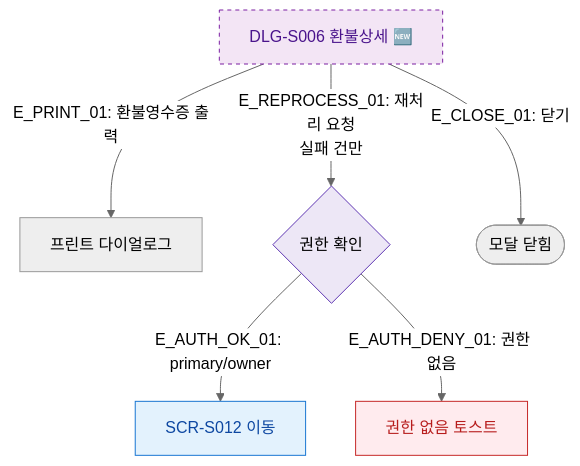
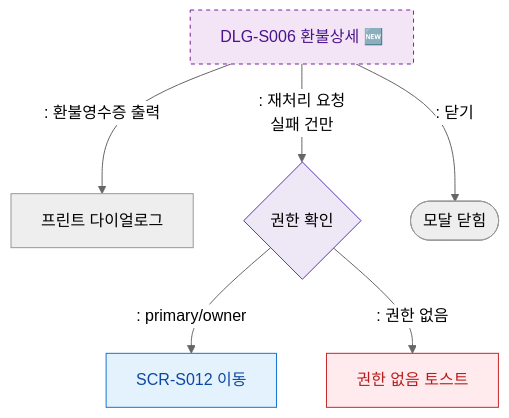
The diagram in docs/다이어그램/D03_매출관리/DLG-S006_환불상세/M3_결과분기.md (dev-spogym/admin-pando), drawn with Mermaid (neutral theme) before and after one commit. The commit also changed other lines of this file and 1660 other files, not shown here.

First line of the commit message:
다이어그램: 기획자/클라이언트 납품본으로 정리

````diff
--- a/docs/다이어그램/D03_매출관리/DLG-S006_환불상세/M3_결과분기.md
+++ b/docs/다이어그램/D03_매출관리/DLG-S006_환불상세/M3_결과분기.md
@@ -20,19 +18,19 @@
 ```mermaid
 flowchart TD
-    DLG_S006[DLG-S006 환불상세 🆕] -->|"E_PRINT_01: 환불영수증 출력"| PRINT[프린트 다이얼로그]
-    DLG_S006 -->|"E_REPROCESS_01: 재처리 요청\n실패 건만"| AUTH_CHECK{권한 확인}
-    DLG_S006 -->|"E_CLOSE_01: 닫기"| CLOSED([모달 닫힘])
+    DLG_S006[DLG-S006 환불상세 🆕] -->|": 환불영수증 출력"|PRINT[프린트 다이얼로그]
+    DLG_S006 -->|": 재처리 요청\n실패 건만"|AUTH_CHECK{권한 확인}
+    DLG_S006 -->|": 닫기"|CLOSED([모달 닫힘])
 
-    AUTH_CHECK -->|"E_AUTH_OK_01: primary/owner"| GOTO_S012[SCR-S012 이동]
-    AUTH_CHECK -->|"E_AUTH_DENY_01: 권한 없음"| NO_AUTH[권한 없음 토스트]
+    AUTH_CHECK -->|": primary/owner"|GOTO_S012[SCR-S012 이동]
+    AUTH_CHECK -->|": 권한 없음"|NO_AUTH[권한 없음 토스트]
 
     classDef newFeature fill:#F3E5F5,stroke:#7B1FA2,color:#4A148C,stroke-dasharray:4 4
     classDef screen fill:#E3F2FD,stroke:#1976D2,color:#0D47A1
     classDef system fill:#EDE7F6,stroke:#5E35B2
     classDef error fill:#FFEBEE,stroke:#C62828,color:#B71C1C
 
     class DLG_S006 newFeature
     class GOTO_S012 screen
     class AUTH_CHECK system
     class NO_AUTH error
 ```
````
